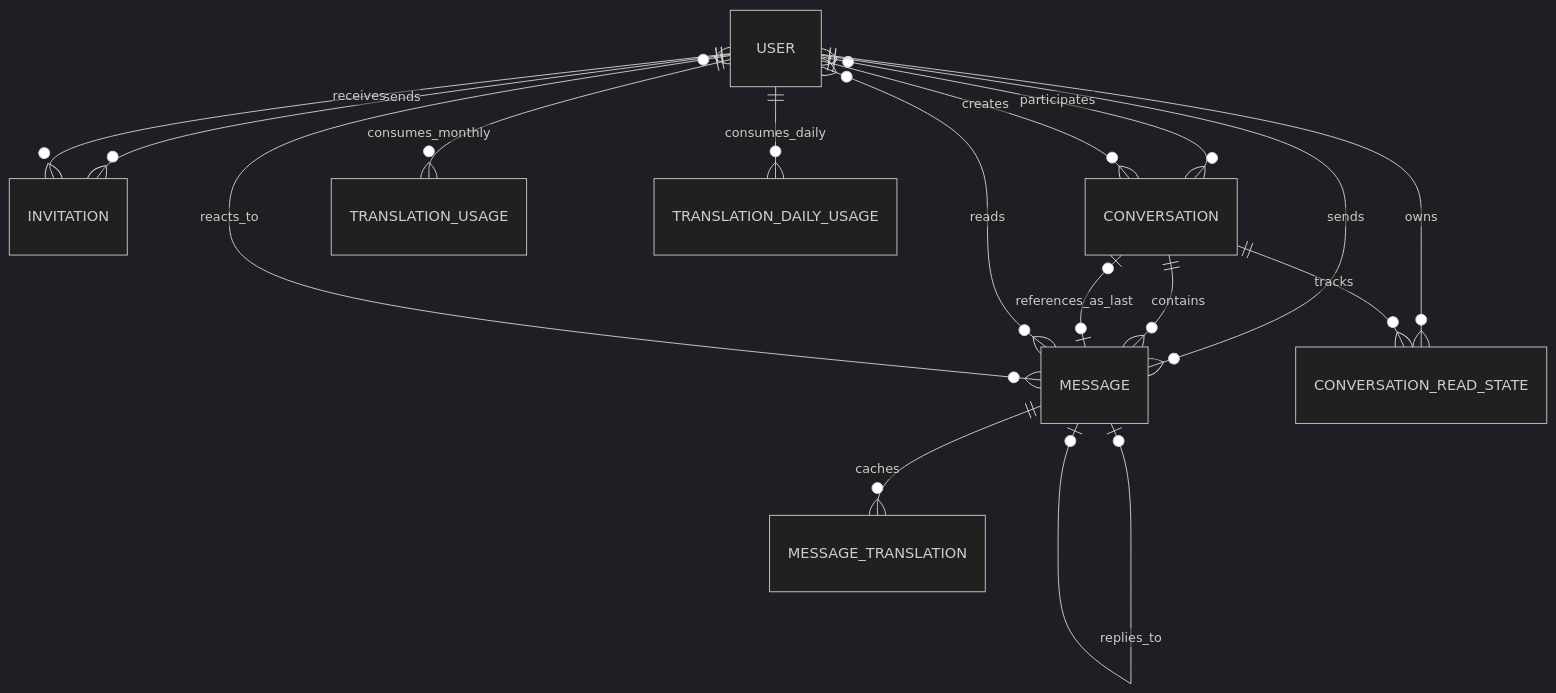
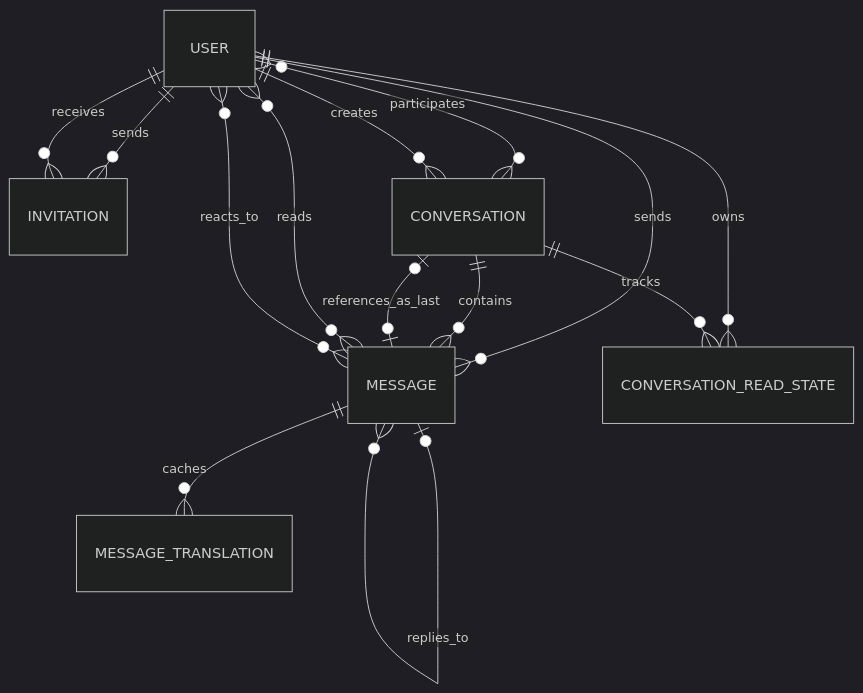
Before and after one commit to Saurav11343/click-chat: the first of 2 diagrams in docs/03-data-model.md, drawn with Mermaid (dark theme). The commit also changed other lines of this file and 14 other files, not shown here.

````diff
--- a/docs/03-data-model.md
+++ b/docs/03-data-model.md
@@ -5,18 +5,16 @@
 ```mermaid
 erDiagram
     USER ||--o{ INVITATION : sends
     USER ||--o{ INVITATION : receives
     USER }o--o{ CONVERSATION : participates
     USER ||--o{ CONVERSATION : creates
     USER ||--o{ MESSAGE : sends
     CONVERSATION ||--o{ MESSAGE : contains
     CONVERSATION o|--o| MESSAGE : references_as_last
-    MESSAGE o|--o| MESSAGE : replies_to
+    MESSAGE o|--o{ MESSAGE : replies_to
     USER }o--o{ MESSAGE : reads
     USER }o--o{ MESSAGE : reacts_to
     USER ||--o{ CONVERSATION_READ_STATE : owns
     CONVERSATION ||--o{ CONVERSATION_READ_STATE : tracks
     MESSAGE ||--o{ MESSAGE_TRANSLATION : caches
-    USER ||--o{ TRANSLATION_USAGE : consumes_monthly
-    USER ||--o{ TRANSLATION_DAILY_USAGE : consumes_daily
 ```
````
